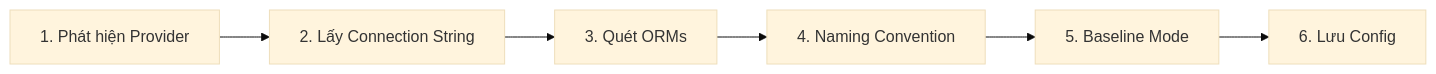
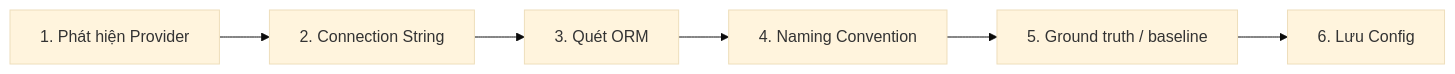
The second of 2 diagrams in docs/03-components/core/auto-detection.vi.md (thanhnt-sm/eco_support_net_oracle), drawn with Mermaid (base theme) before and after one commit. The commit also changed other lines of this file and 408 other files, not shown here.

````diff
--- a/docs/03-components/core/auto-detection.vi.md
+++ b/docs/03-components/core/auto-detection.vi.md
@@ -196,8 +120,8 @@
 ```mermaid
 flowchart LR
-    S1[1. Phát hiện Provider] --> S2[2. Lấy Connection String]
-    S2 --> S3[3. Quét ORMs]
+    S1[1. Phát hiện Provider] --> S2[2. Connection String]
+    S2 --> S3[3. Quét ORM]
     S3 --> S4[4. Naming Convention]
-    S4 --> S5[5. Baseline Mode]
+    S4 --> S5[5. Ground truth / baseline]
     S5 --> S6[6. Lưu Config]
 ```
````
